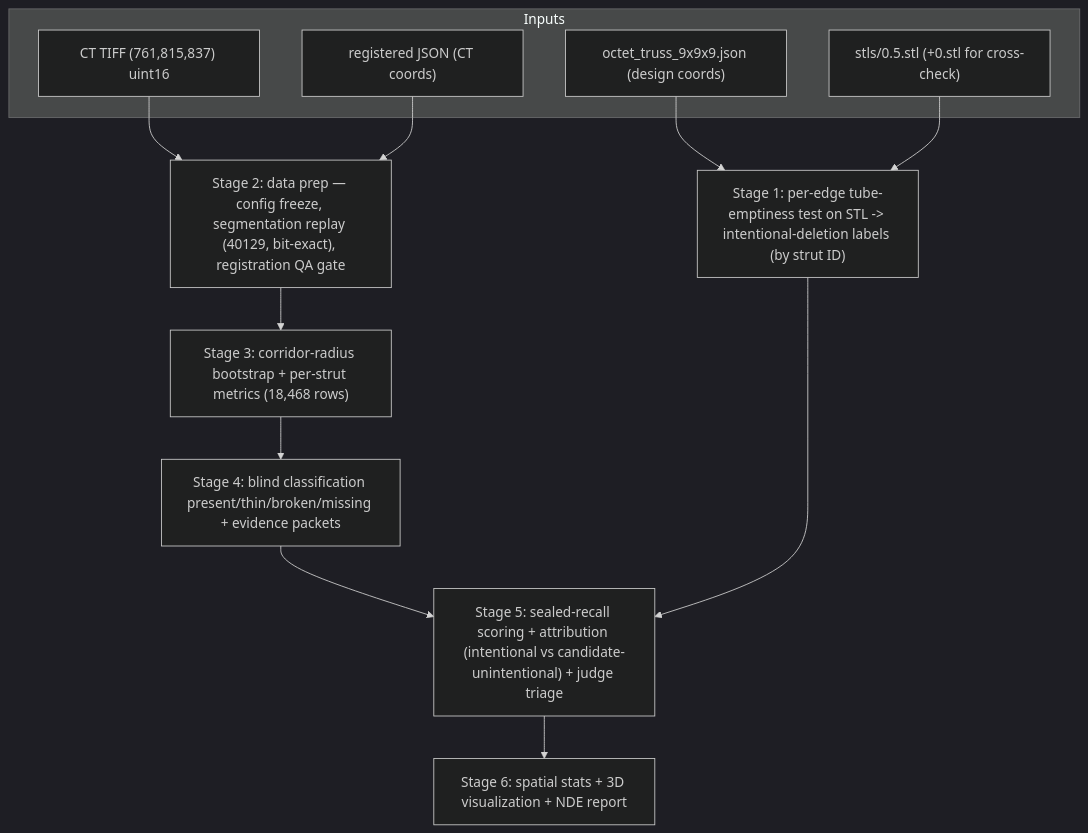
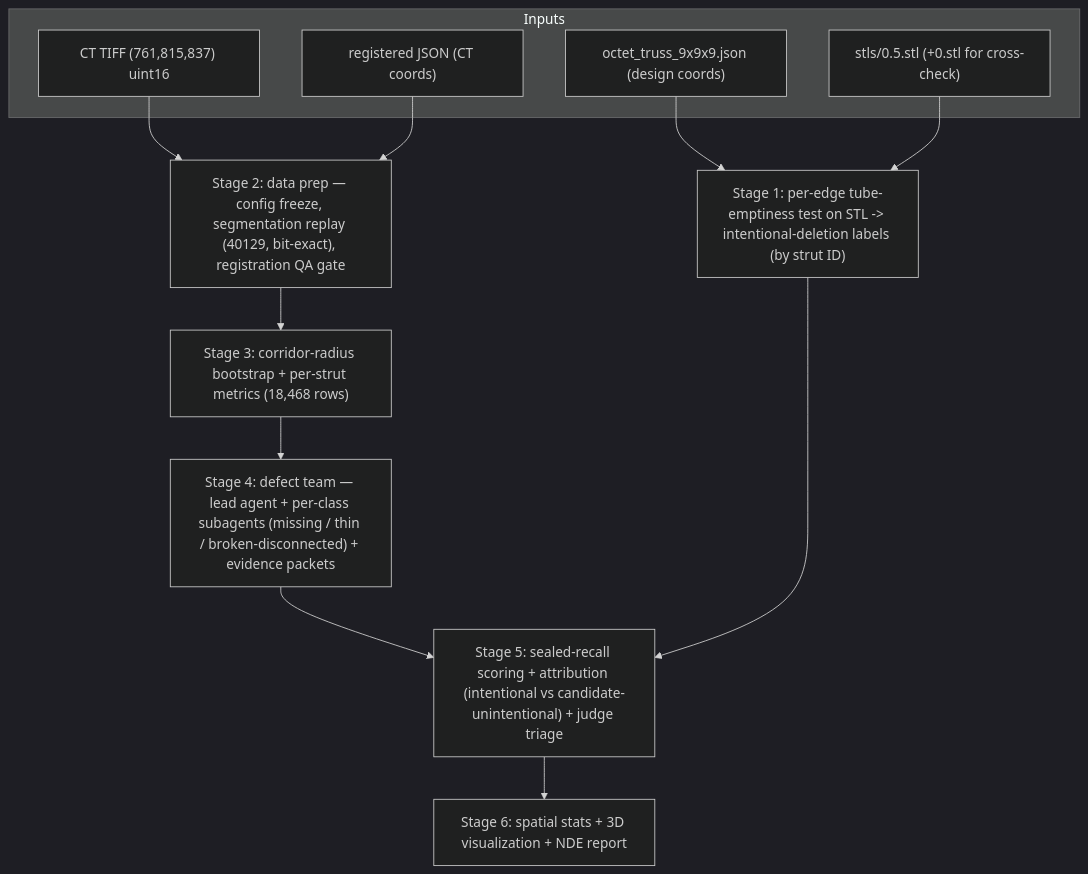
Before and after one commit to ImDannyVilla/llnl_data_science_challenge_2026: the diagram in notes/PART2_DESIGN.md, drawn with Mermaid (dark theme). The commit also changed other lines of this file, not shown here.

First line of the commit message:
Restructure Stage 4 into a defect team; add recovered registration transform

````diff
--- a/notes/PART2_DESIGN.md
+++ b/notes/PART2_DESIGN.md
@@ -66,18 +76,18 @@
 ```mermaid
 flowchart TD
     subgraph inputs [Inputs]
         STL["stls/0.5.stl (+0.stl for cross-check)"]
         TIF["CT TIFF (761,815,837) uint16"]
         RJ["registered JSON (CT coords)"]
         NJ["octet_truss_9x9x9.json (design coords)"]
     end
     NJ --> S1["Stage 1: per-edge tube-emptiness test on STL -> intentional-deletion labels (by strut ID)"]
     STL --> S1
     TIF --> S2["Stage 2: data prep — config freeze, segmentation replay (40129, bit-exact), registration QA gate"]
     RJ --> S2
     S2 --> S3["Stage 3: corridor-radius bootstrap + per-strut metrics (18,468 rows)"]
-    S3 --> S4["Stage 4: blind classification present/thin/broken/missing + evidence packets"]
+    S3 --> S4["Stage 4: defect team — lead agent + per-class subagents (missing / thin / broken-disconnected) + evidence packets"]
     S4 --> S5["Stage 5: sealed-recall scoring + attribution (intentional vs candidate-unintentional) + judge triage"]
     S1 --> S5
     S5 --> S6["Stage 6: spatial stats + 3D visualization + NDE report"]
 ```
````
